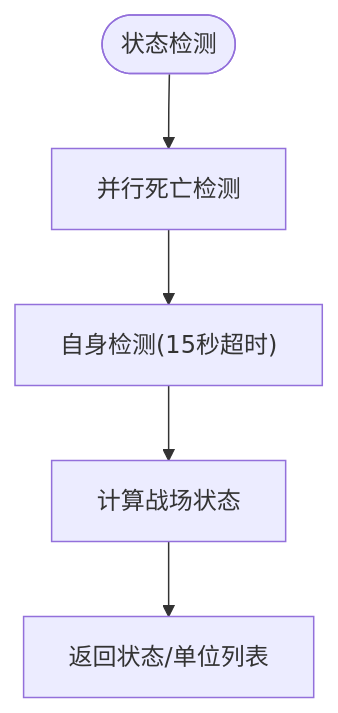
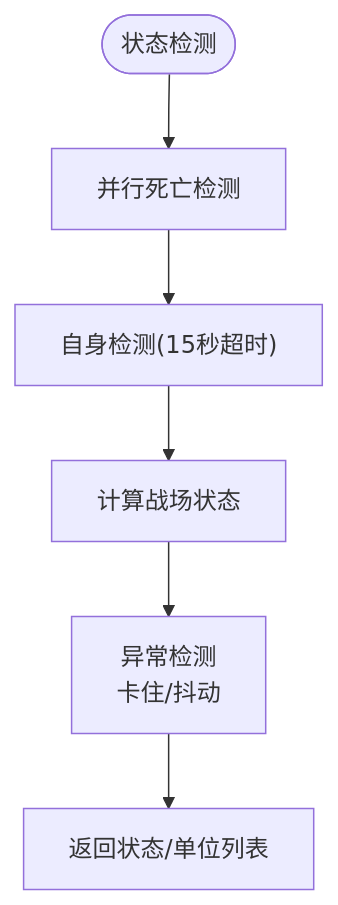
The fifth of 7 diagrams in .qoder/repowiki/zh/content/配置管理/战斗系统配置.md (xsy098-max/ok-jump), drawn with Mermaid before and after one commit. The commit also changed other lines of this file and 21 other files, not shown here.

````diff
--- a/.qoder/repowiki/zh/content/配置管理/战斗系统配置.md
+++ b/.qoder/repowiki/zh/content/配置管理/战斗系统配置.md
@@ -229,7 +266,8 @@
 ```mermaid
 flowchart TD
 Start(["状态检测"]) --> DeathCheck["并行死亡检测"]
 DeathCheck --> SelfCheck["自身检测(15秒超时)"]
 SelfCheck --> StateCalc["计算战场状态"]
-StateCalc --> Output["返回状态/单位列表"]
+StateCalc --> AnomalyCheck["异常检测<br/>卡住/抖动"]
+AnomalyCheck --> Output["返回状态/单位列表"]
 ```
````
